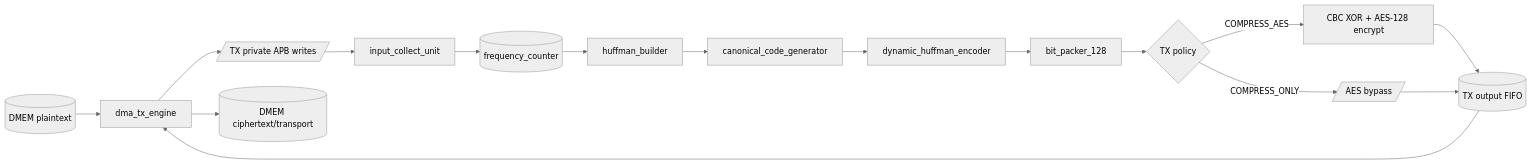
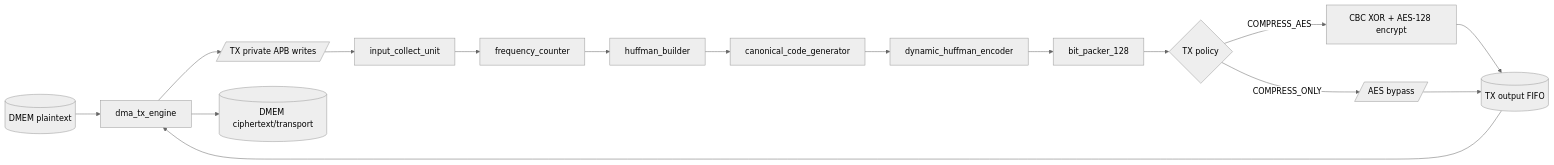
Before and after one commit to ngoquocan139/AES_huffman_all6: the fourth of 5 diagrams in docs/00_current_system_spec.md, drawn with Mermaid (neutral theme). The commit also changed 17 other files, not shown here.

````diff
--- a/docs/00_current_system_spec.md
+++ b/docs/00_current_system_spec.md
@@ -347,18 +347,18 @@
 ```mermaid
 flowchart LR
   SRC[("DMEM plaintext")] --> TXDMA["dma_tx_engine"]
   TXDMA --> APB[/"TX private APB writes"/]
   APB --> COLLECT["input_collect_unit"]
-  COLLECT --> FREQ[("frequency_counter")]
+  COLLECT --> FREQ["frequency_counter"]
   FREQ --> BUILD["huffman_builder"]
   BUILD --> CANON["canonical_code_generator"]
   CANON --> ENC["dynamic_huffman_encoder"]
   ENC --> PACK["bit_packer_128"]
   PACK --> POLICY{"TX policy"}
   POLICY -->|"COMPRESS_AES"| CBC["CBC XOR + AES-128 encrypt"]
   POLICY -->|"COMPRESS_ONLY"| BYP[/"AES bypass"/]
   CBC --> FIFO[("TX output FIFO")]
   BYP --> FIFO
   FIFO --> TXDMA
   TXDMA --> DST[("DMEM ciphertext/transport")]
 ```
````
